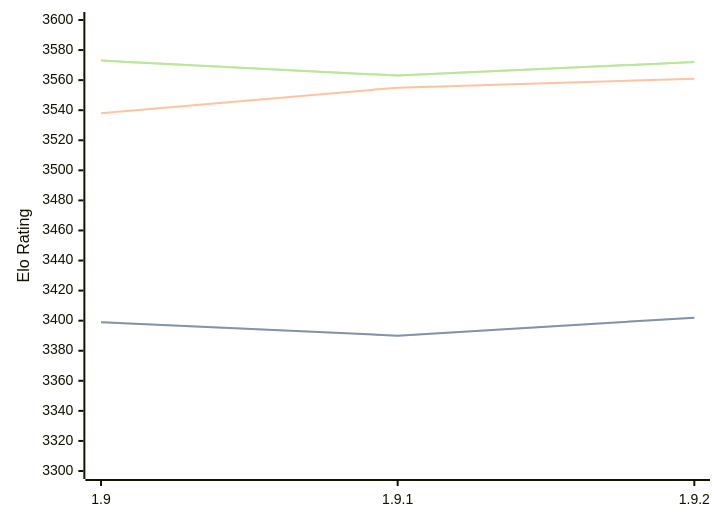
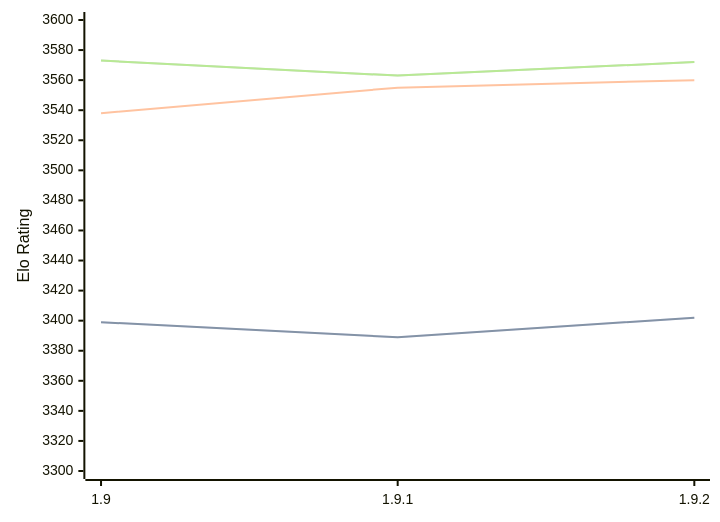
One commit to computer-chess-index/cci changed the diagram in engines/Pawnocchio.md. Above: the diagram before and after it, drawn with Mermaid. The commit also changed other lines of this file, not shown here.

Commit message:
Update CCI Ratings (ELO VLTC) - 2026-04-06

````diff
--- a/engines/Pawnocchio.md
+++ b/engines/Pawnocchio.md
@@ -48,11 +48,11 @@
 ```mermaid
 %%{init: {"theme":"base","themeVariables":{"seriesColors:['#a3a3a3','#222221','#faa371']}}}%%
 xychart-beta
   x-axis ["1.9", "1.9.1", "1.9.2"]
   y-axis "Elo Rating" 3300 --> 3600
-  line "STC (8.0+0.08s)" [3399, 3390, 3402]
-  line "STC (8.0+0.08s)" [3399, 3390, 3402]
-  line "LTC (60.0+0.60s)" [3538, 3555, 3561]
+  line "STC (8.0+0.08s)" [3399, 3389, 3402]
+  line "STC (8.0+0.08s)" [3399, 3389, 3402]
+  line "LTC (60.0+0.60s)" [3538, 3555, 3560]
   line "VLTC (2m24s+1.12s)" [3573, 3563, 3572]
   line "VLTC (2m24s+1.12s)" [3573, 3563, 3572]
 ```
````
